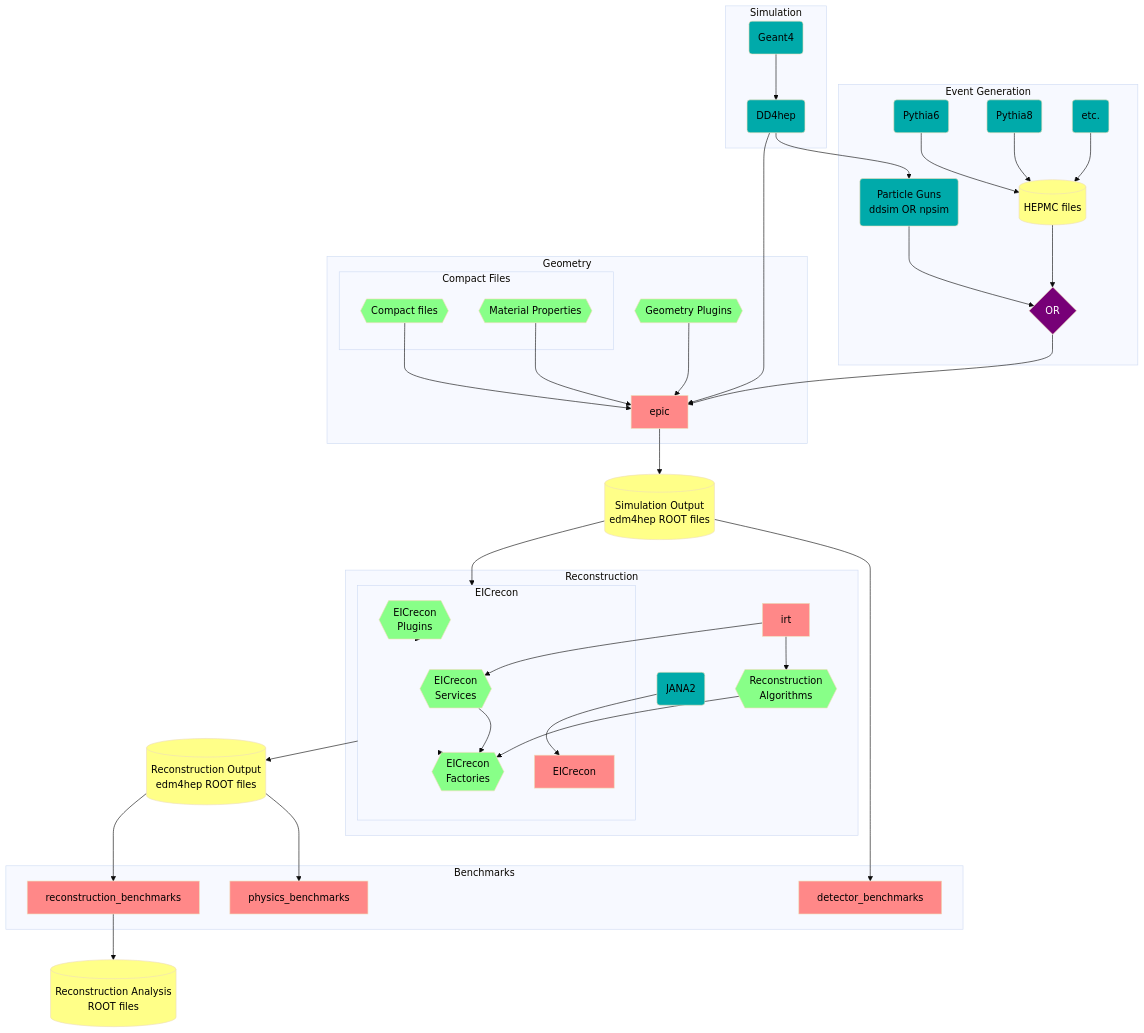
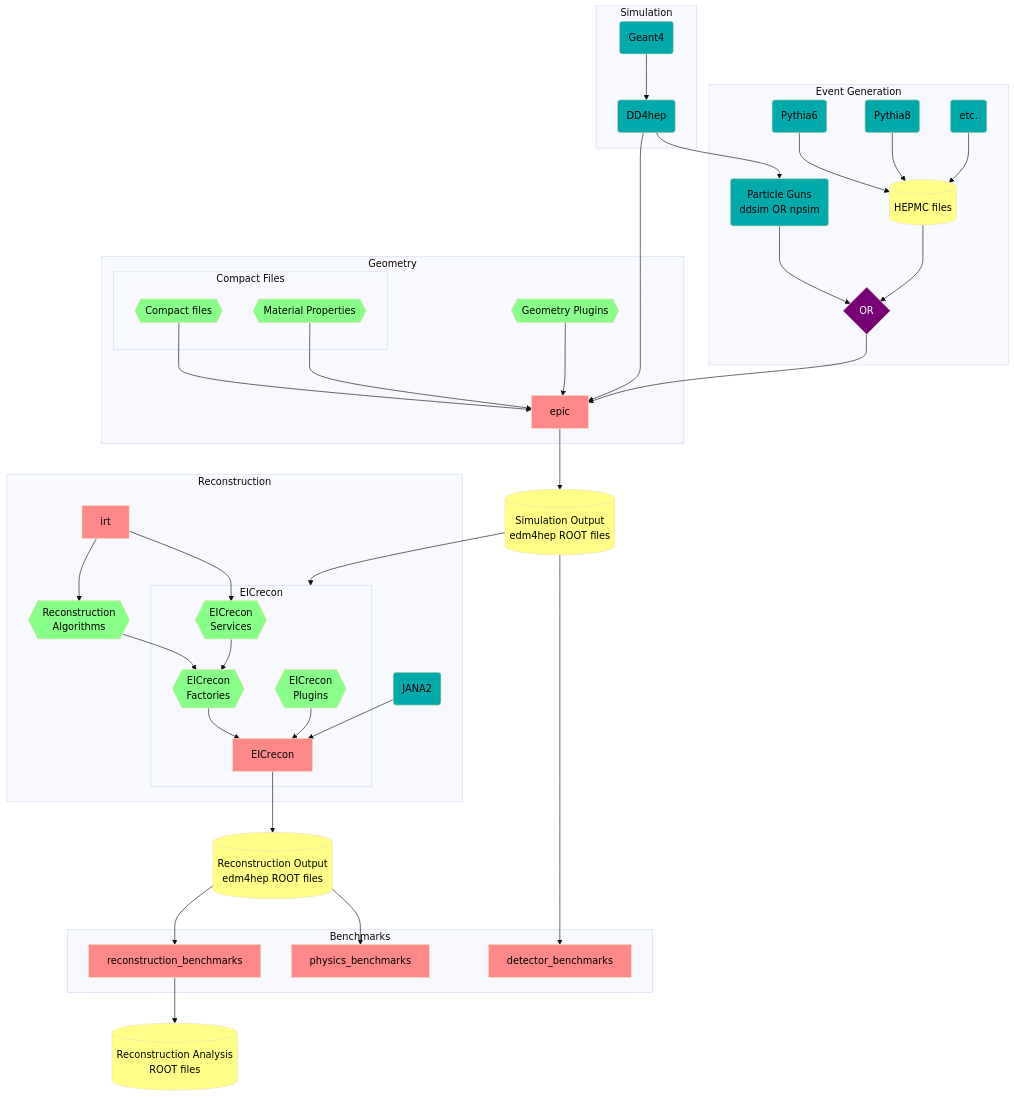
Before and after one commit to eic/drich-dev: the third of 3 diagrams in README.md, drawn with Mermaid (base theme).

Commit message:
modified:   README.md

````diff
--- a/README.md
+++ b/README.md
@@ -228,78 +228,78 @@
 ```mermaid
 flowchart TB
   classDef epic fill:#ff8888,color:black
   classDef dep fill:#00aaaa,color:black
   classDef obj fill:#88ff88,color:black
   classDef data fill:#ffff88,color:black
   classDef op fill:#770077,color:white
 
   subgraph Event Generation
     Pythia6(Pythia6):::dep
     Pythia8(Pythia8):::dep
     OtherGen(etc.):::dep
     Hepmc[(HEPMC files)]:::data
     Gun(Particle Guns<br/>ddsim OR npsim):::dep
     GenOR{OR}:::op
   end
   Pythia6  --> Hepmc
   Pythia8  --> Hepmc
   OtherGen --> Hepmc
   Hepmc    --> GenOR
   Gun      --> GenOR
 
   subgraph Simulation
     DD4hep(DD4hep):::dep
     Geant(Geant4):::dep
   end
   Geant --> DD4hep
 
   subgraph Geometry
     Epic[epic]:::epic
     subgraph Compact Files
       DDCompact{{Compact files}}:::obj
       DDMat{{Material Properties}}:::obj
     end
     DDPlugin{{Geometry Plugins}}:::obj
   end
   SimOut[(Simulation Output<br/>edm4hep ROOT files)]:::data
   DD4hep    --> Gun
   GenOR     --> Epic
   DD4hep    --> Epic
   DDCompact --> Epic
   DDPlugin  --> Epic
   DDMat     --> Epic
   Epic      --> SimOut
 
   subgraph Reconstruction
     JANA(JANA2):::dep
     IRT[irt]:::epic
     RecoAlgorithms{{Reconstruction<br/>Algorithms}}:::obj
     subgraph EICrecon
       EICreconPlugins{{EICrecon<br/>Plugins}}:::obj
       EICreconFactories{{EICrecon<br/>Factories}}:::obj
       EICreconServices{{EICrecon<br/>Services}}:::obj
       EICreconRepo[EICrecon]:::epic
     end
   end
   RecOut[(Reconstruction Output<br/>edm4hep ROOT files)]:::data
   SimOut            ---> EICrecon
   JANA              -->  EICreconRepo
   IRT               -->  EICreconServices
   IRT               -->  RecoAlgorithms
   EICreconServices  -->  EICreconFactories
   RecoAlgorithms    -->  EICreconFactories
-  EICreconPlugins   -->  EICrecon
-  EICreconFactories -->  EICrecon
-  EICrecon          -->  RecOut
+  EICreconFactories -->  EICreconRepo
+  EICreconPlugins   -->  EICreconRepo
+  EICreconRepo      -->  RecOut
 
   subgraph Benchmarks
     PhysicsBenchmarks[physics_benchmarks]:::epic
     DetectorBenchmarks[detector_benchmarks]:::epic
     ReconstructionBenchmarks[reconstruction_benchmarks]:::epic
   end
   AnaOut[(Reconstruction Analysis<br/>ROOT files)]:::data
   SimOut --> DetectorBenchmarks
   RecOut --> PhysicsBenchmarks
   RecOut --> ReconstructionBenchmarks --> AnaOut
 
 ```
````
